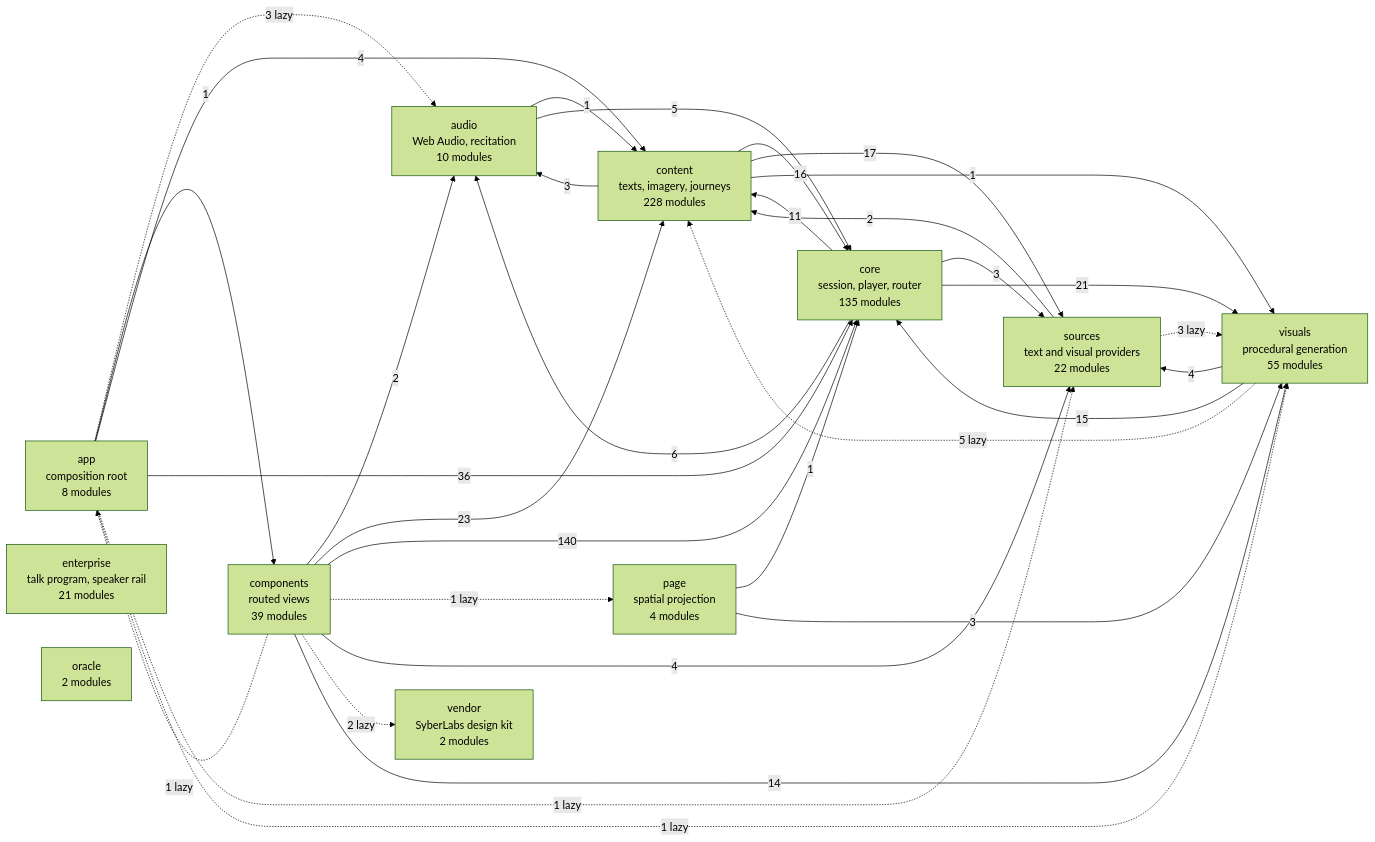
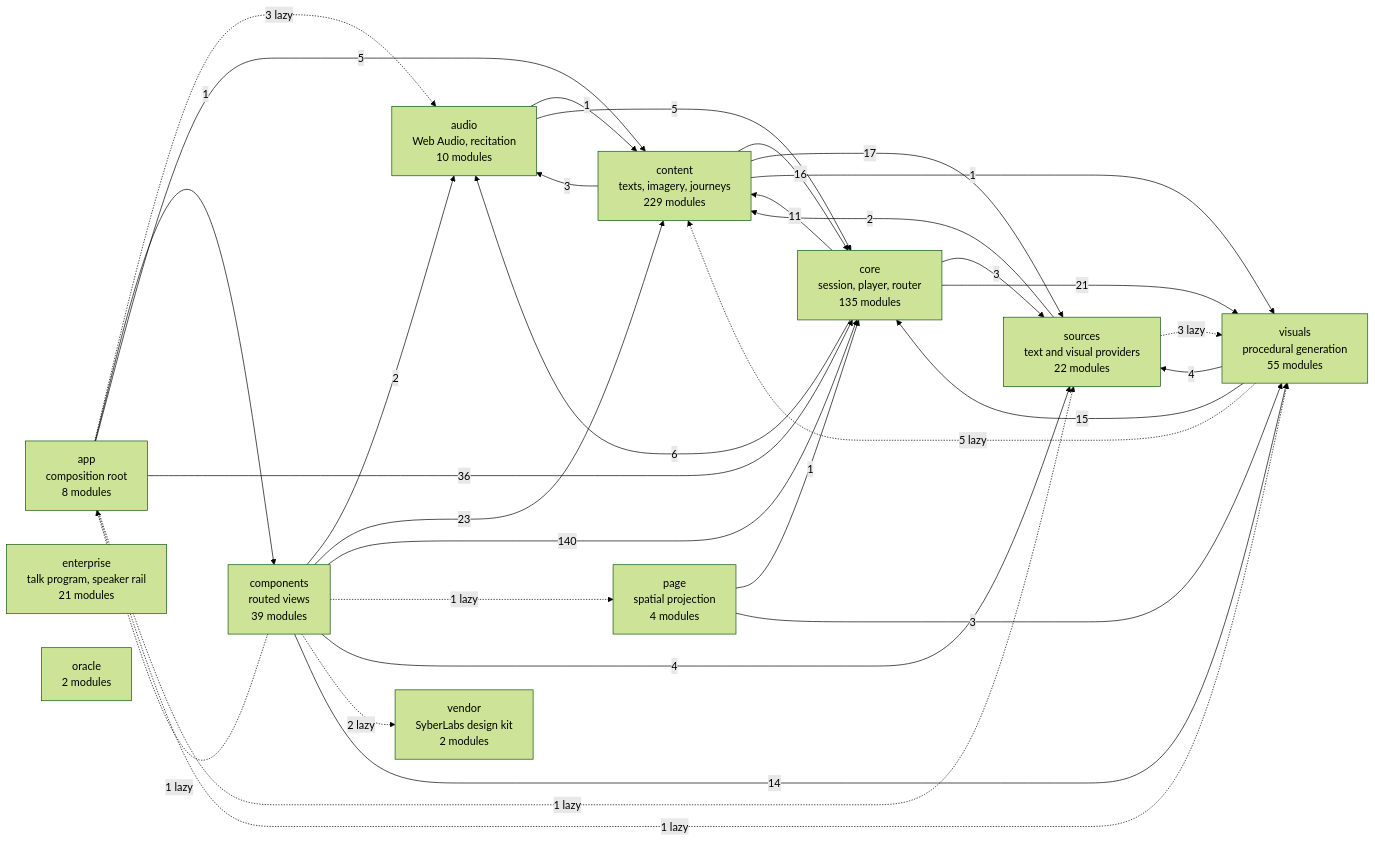
One commit to SyberLabs/RISE changed the diagram in docs/specs/ARCHITECTURE.md. Above: the diagram before and after it, drawn with Mermaid (forest theme).

Commit message:
Update architecture diagram for original readings

````diff
--- a/docs/specs/ARCHITECTURE.md
+++ b/docs/specs/ARCHITECTURE.md
@@ -160,46 +160,46 @@
 ```mermaid
 flowchart LR
     app["app<br/>composition root<br/>8 modules"]
     audio["audio<br/>Web Audio, recitation<br/>10 modules"]
     components["components<br/>routed views<br/>39 modules"]
-    content["content<br/>texts, imagery, journeys<br/>228 modules"]
+    content["content<br/>texts, imagery, journeys<br/>229 modules"]
     core["core<br/>session, player, router<br/>135 modules"]
     enterprise["enterprise<br/>talk program, speaker rail<br/>21 modules"]
     oracle["oracle<br/>2 modules"]
     page["page<br/>spatial projection<br/>4 modules"]
     sources["sources<br/>text and visual providers<br/>22 modules"]
     vendor["vendor<br/>SyberLabs design kit<br/>2 modules"]
     visuals["visuals<br/>procedural generation<br/>55 modules"]
 
     app -.-> |3 lazy| audio
     app --> |1| components
-    app --> |4| content
+    app --> |5| content
     app --> |36| core
     app -.-> |1 lazy| sources
     app -.-> |1 lazy| visuals
     audio --> |1| content
     audio --> |5| core
     components -.-> |1 lazy| app
     components --> |2| audio
     components --> |23| content
     components --> |140| core
     components -.-> |1 lazy| page
     components --> |4| sources
     components -.-> |2 lazy| vendor
     components --> |14| visuals
     content --> |3| audio
     content --> |16| core
     content --> |17| sources
     content --> |1| visuals
     core --> |6| audio
     core --> |11| content
     core --> |3| sources
     core --> |21| visuals
     page --> |1| core
     page --> |3| visuals
     sources --> |2| content
     sources -.-> |3 lazy| visuals
     visuals -.-> |5 lazy| content
     visuals --> |15| core
     visuals --> |4| sources
 ```
````
